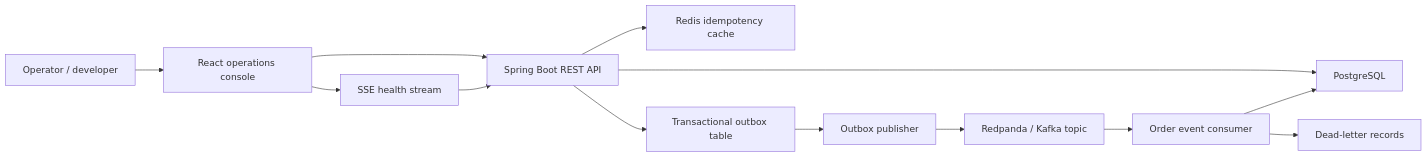
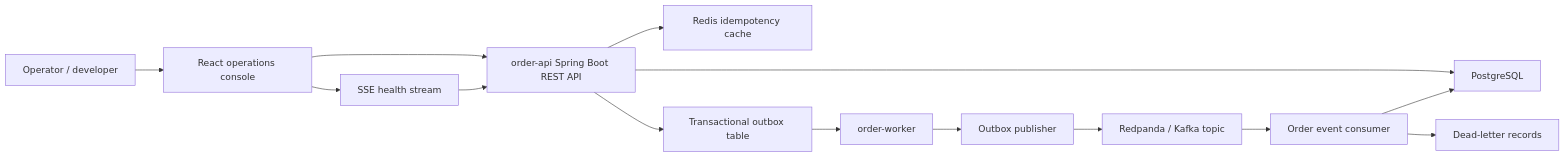
Before and after one commit to guanyu-gerry-tao/OrderFlow: the first of 3 diagrams in docs/ARCHITECTURE.md, drawn with Mermaid. The commit also changed other lines of this file and 39 other files, not shown here.

First line of the commit message:
Add API/worker microservice split (#6)

````diff
--- a/docs/ARCHITECTURE.md
+++ b/docs/ARCHITECTURE.md
@@ -7,15 +7,16 @@
 ```mermaid
 flowchart LR
     user["Operator / developer"] --> console["React operations console"]
-    console --> api["Spring Boot REST API"]
+    console --> api["order-api Spring Boot REST API"]
     api --> postgres["PostgreSQL"]
     api --> redis["Redis idempotency cache"]
     api --> outbox["Transactional outbox table"]
-    outbox --> publisher["Outbox publisher"]
+    outbox --> worker["order-worker"]
+    worker --> publisher["Outbox publisher"]
     publisher --> broker["Redpanda / Kafka topic"]
     broker --> consumer["Order event consumer"]
     consumer --> postgres
     consumer --> dlq["Dead-letter records"]
     console --> sse["SSE health stream"]
     sse --> api
 ```
````
